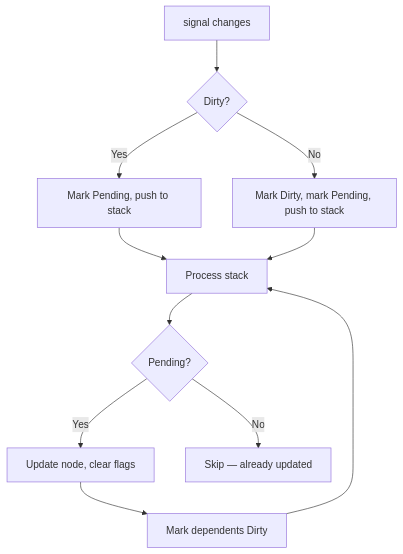
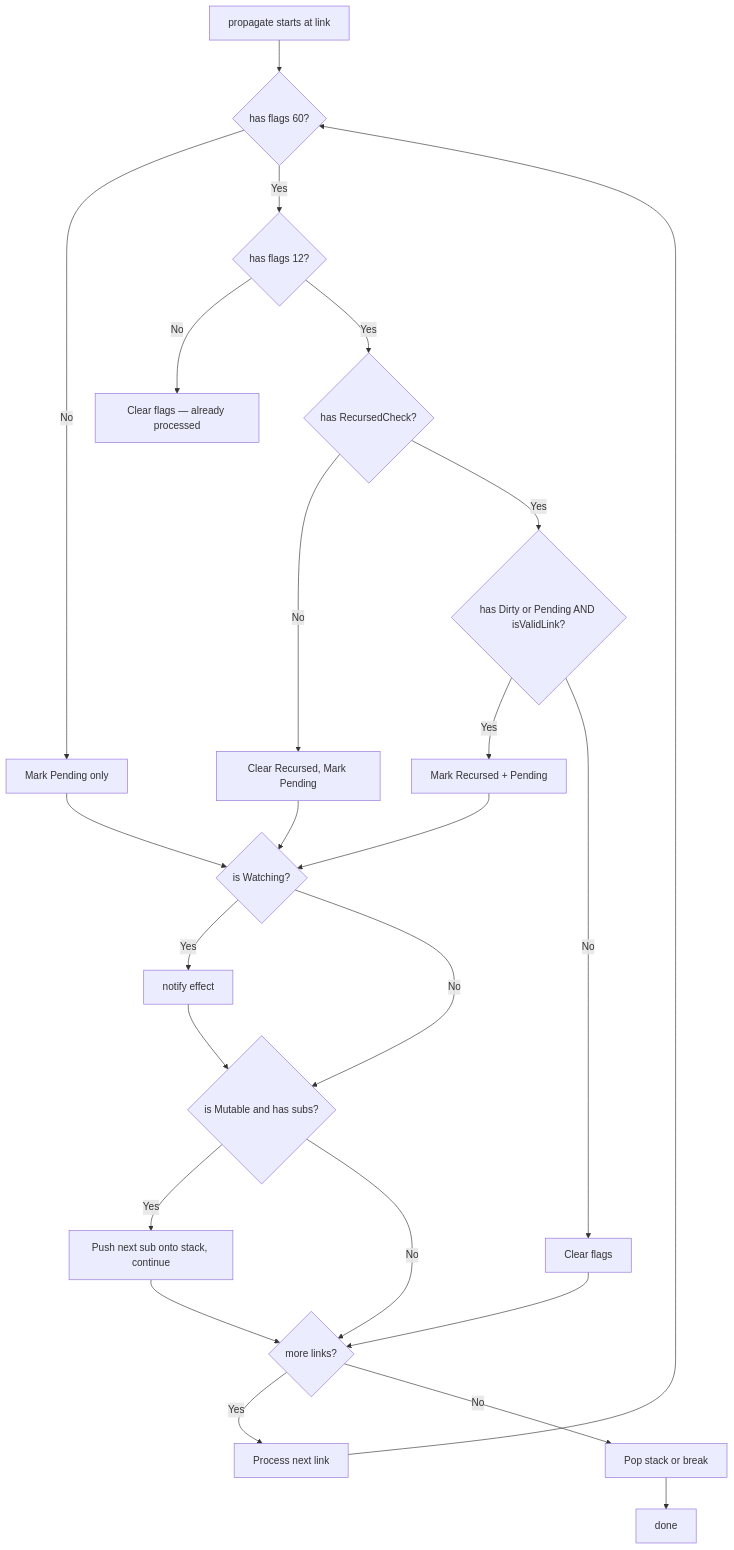
One commit to ewe-studios/explorations changed the second of 2 diagrams in src.datastar/datastar/markdown/02-reactive-signals.md. Above: the diagram before and after it, drawn with Mermaid. The commit also changed other lines of this file and 8 other files, not shown here.

````diff
--- a/src.datastar/datastar/markdown/02-reactive-signals.md
+++ b/src.datastar/datastar/markdown/02-reactive-signals.md
@@ -141,13 +375,26 @@
 ```mermaid
 flowchart TD
-    A[signal changes] --> B{Dirty?}
-    B -->|Yes| C[Mark Pending, push to stack]
-    B -->|No| D[Mark Dirty, mark Pending, push to stack]
-    C --> E[Process stack]
-    D --> E
-    E --> F{Pending?}
-    F -->|Yes| G[Update node, clear flags]
-    F -->|No| H[Skip — already updated]
-    G --> I[Mark dependents Dirty]
-    I --> E
+    A[propagate starts at link] --> B{has flags 60?}
+    B -->|No| C[Mark Pending only]
+    B -->|Yes| D{has flags 12?}
+    D -->|No| E[Clear flags — already processed]
+    D -->|Yes| F{has RecursedCheck?}
+    F -->|No| G[Clear Recursed, Mark Pending]
+    F -->|Yes| H{has Dirty or Pending AND isValidLink?}
+    H -->|Yes| I[Mark Recursed + Pending]
+    H -->|No| J[Clear flags]
+    C --> K{is Watching?}
+    I --> K
+    G --> K
+    K -->|Yes| L[notify effect]
+    K -->|No| M{is Mutable and has subs?}
+    L --> M
+    M -->|Yes| N[Push next sub onto stack, continue]
+    M -->|No| O{more links?}
+    N --> O
+    J --> O
+    O -->|Yes| P[Process next link]
+    O -->|No| Q[Pop stack or break]
+    P --> B
+    Q --> R[done]
 ```
````
